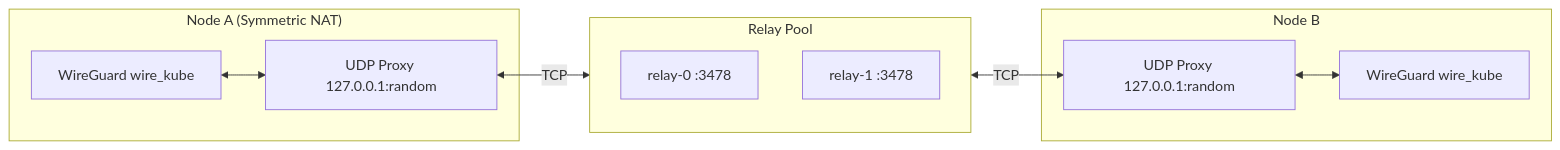
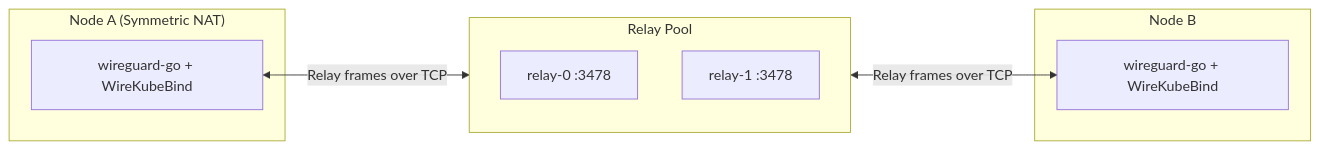
The first of 4 diagrams in docs/architecture/relay.md (inerplat/wirekube), drawn with Mermaid before and after one commit. The commit also changed other lines of this file and 47 other files, not shown here.

````diff
--- a/docs/architecture/relay.md
+++ b/docs/architecture/relay.md
@@ -8,19 +8,15 @@
 ```mermaid
 flowchart LR
     subgraph NodeA["Node A (Symmetric NAT)"]
-        WG1[WireGuard wire_kube]
-        P1[UDP Proxy 127.0.0.1:random]
-        WG1 <--> P1
+        WG1[wireguard-go + WireKubeBind]
     end
     subgraph RelayPool["Relay Pool"]
         R1[relay-0 :3478]
         R2[relay-1 :3478]
     end
     subgraph NodeB["Node B"]
-        P2[UDP Proxy 127.0.0.1:random]
-        WG2[WireGuard wire_kube]
-        P2 <--> WG2
+        WG2[wireguard-go + WireKubeBind]
     end
-    P1 <-->|TCP| RelayPool
-    RelayPool <-->|TCP| P2
+    WG1 <-->|Relay frames over TCP| RelayPool
+    RelayPool <-->|Relay frames over TCP| WG2
 ```
````
